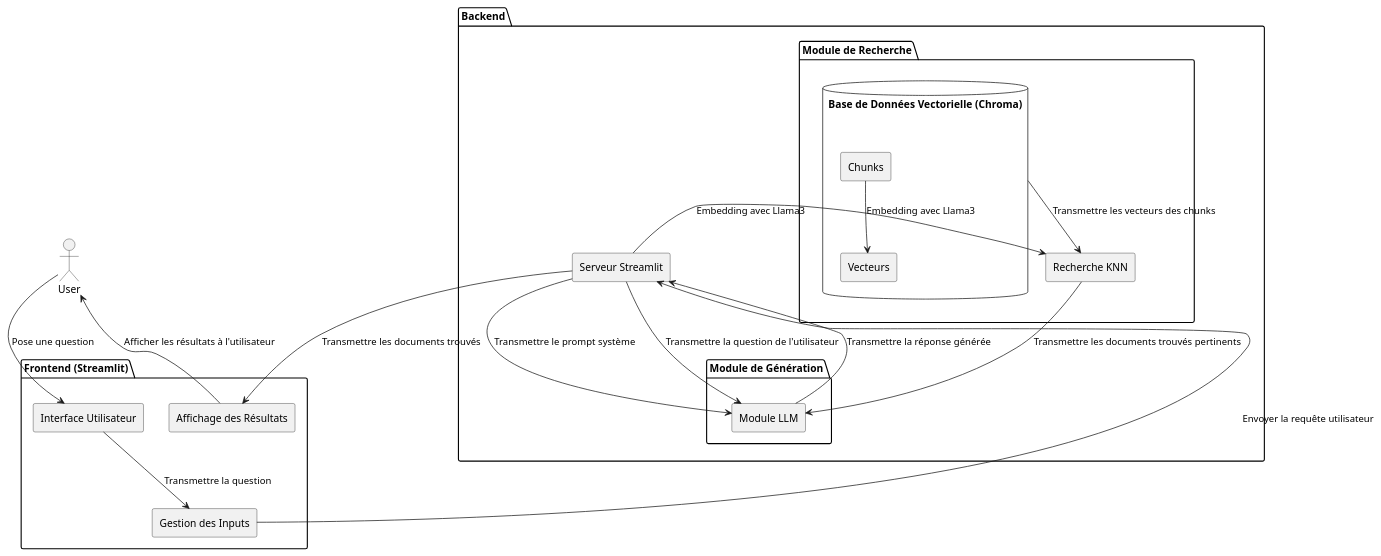
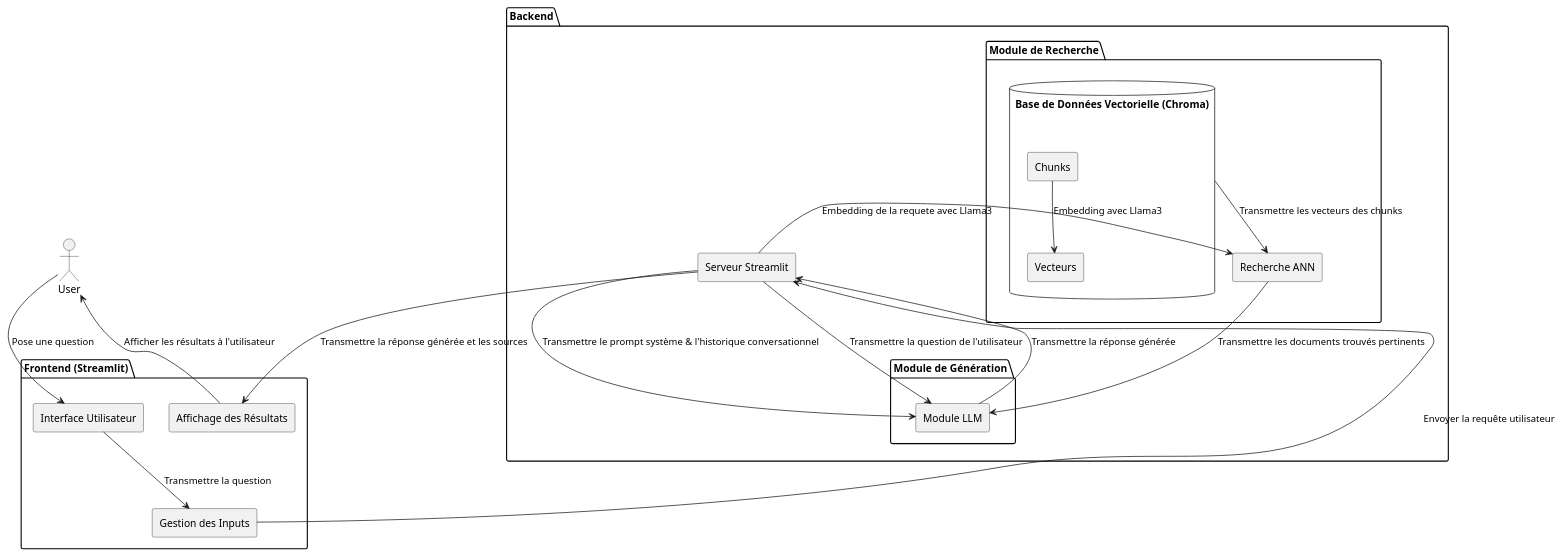
One commit to MathisAulagnier/RAG_UQAC changed the diagram in diagrammes/notreRAG.puml. Above: the diagram before and after it, drawn with PlantUML. The commit also changed 2 other files, not shown here.

```diff
--- a/diagrammes/notreRAG.puml
+++ b/diagrammes/notreRAG.puml
@@ -1,48 +1,48 @@
 @startuml
 skinparam componentStyle rectangle
 
 actor User
 
 
 package "Frontend (Streamlit)" {
     [Interface Utilisateur] 
     [Gestion des Inputs] 
     [Affichage des Résultats]
 
     User --> [Interface Utilisateur] : Pose une question
     [Interface Utilisateur] --> [Gestion des Inputs] : Transmettre la question
     [Affichage des Résultats] --> User : Afficher les résultats à l'utilisateur
 }
 
 package "Backend" {
     [Serveur Streamlit]
 
     package "Module de Recherche" {
-        [Recherche KNN]
+        [Recherche ANN]
         Database "Base de Données Vectorielle (Chroma)" {
             [Chunks]
             [Vecteurs]
         }
     }
 
     [Chunks] --> [Vecteurs] : Embedding avec Llama3
 
     package "Module de Génération" {
         [Module LLM]
     }
 
-    [Serveur Streamlit] --> [Recherche KNN] : Embedding avec Llama3
+    [Serveur Streamlit] --> [Recherche ANN] : Embedding de la requete avec Llama3
   
 
-    [Base de Données Vectorielle (Chroma)] --> [Recherche KNN] : Transmettre les vecteurs des chunks
+    [Base de Données Vectorielle (Chroma)] --> [Recherche ANN] : Transmettre les vecteurs des chunks
 
-    [Recherche KNN] --> [Module LLM] : Transmettre les documents trouvés pertinents
-    [Serveur Streamlit] --> [Module LLM] : Transmettre le prompt système
+    [Recherche ANN] --> [Module LLM] : Transmettre les documents trouvés pertinents
+    [Serveur Streamlit] --> [Module LLM] : Transmettre le prompt système & l'historique conversationnel
     [Serveur Streamlit] --> [Module LLM] : Transmettre la question de l'utilisateur
 
     [Module LLM] --> [Serveur Streamlit] : Transmettre la réponse générée
 }
 
 [Gestion des Inputs] --> [Serveur Streamlit] : Envoyer la requête utilisateur
-[Serveur Streamlit] --> [Affichage des Résultats] : Transmettre les documents trouvés
+[Serveur Streamlit] --> [Affichage des Résultats] : Transmettre la réponse générée et les sources
 @enduml
```
